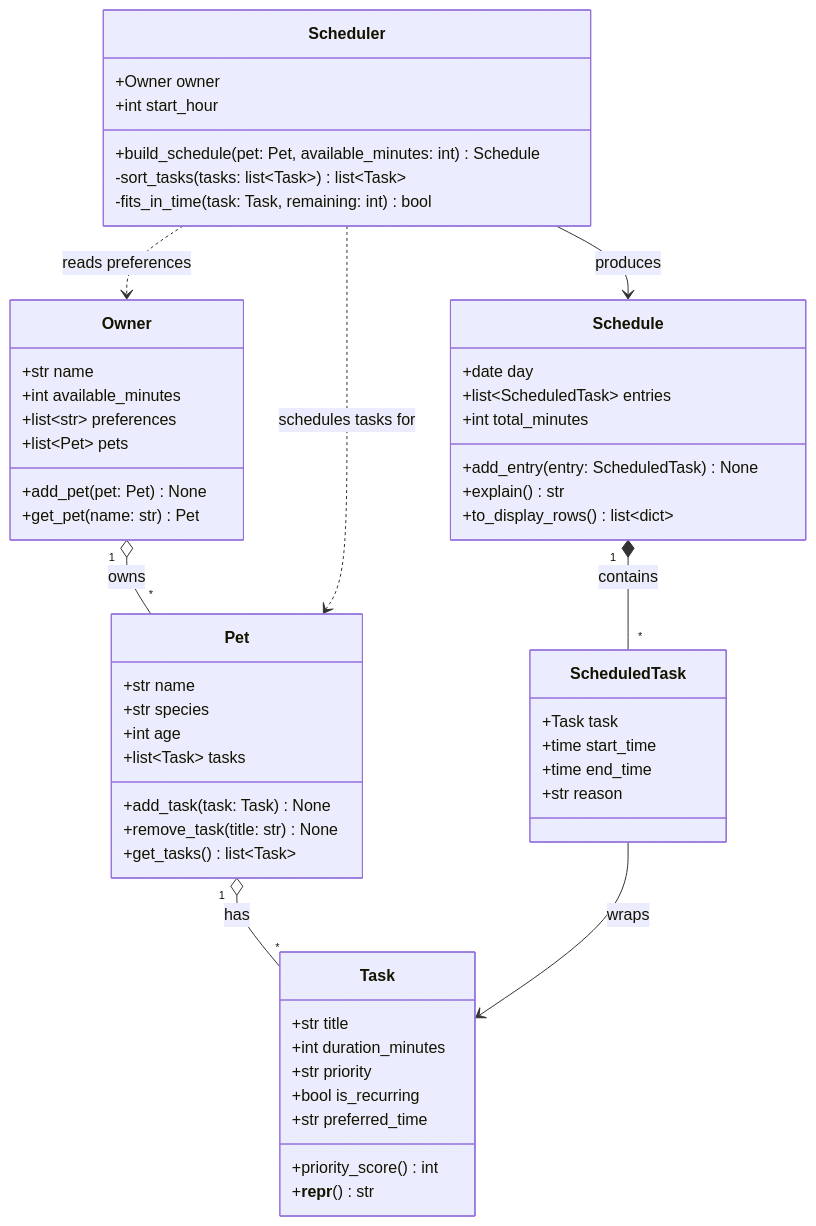
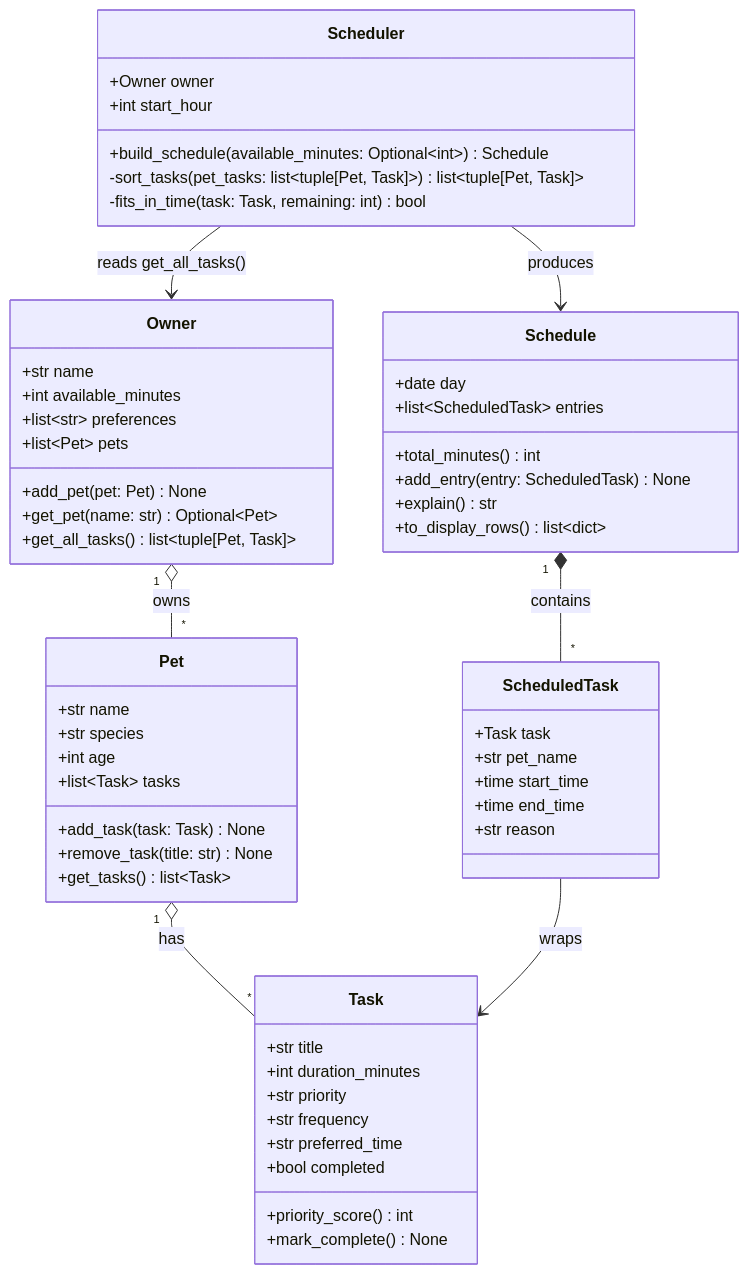
Before and after one commit to judejoyson/ai110-module2show-pawpal-starter: the diagram in diagrams/uml.mmd, drawn with Mermaid. The commit also changed 6 other files, not shown here.

```diff
--- a/diagrams/uml.mmd
+++ b/diagrams/uml.mmd
@@ -1,64 +1,66 @@
 classDiagram
     %% PawPal+ class design
     %% Keep this file updated so it matches your final implementation.
 
     class Owner {
         +str name
         +int available_minutes
         +list~str~ preferences
         +list~Pet~ pets
         +add_pet(pet: Pet) None
-        +get_pet(name: str) Pet
+        +get_pet(name: str) Optional~Pet~
+        +get_all_tasks() list~tuple[Pet, Task]~
     }
 
     class Pet {
         +str name
         +str species
         +int age
         +list~Task~ tasks
         +add_task(task: Task) None
         +remove_task(title: str) None
         +get_tasks() list~Task~
     }
 
     class Task {
         +str title
         +int duration_minutes
         +str priority
-        +bool is_recurring
+        +str frequency
         +str preferred_time
+        +bool completed
         +priority_score() int
-        +__repr__() str
+        +mark_complete() None
     }
 
     class Scheduler {
         +Owner owner
         +int start_hour
-        +build_schedule(pet: Pet, available_minutes: int) Schedule
-        -sort_tasks(tasks: list~Task~) list~Task~
+        +build_schedule(available_minutes: Optional~int~) Schedule
+        -sort_tasks(pet_tasks: list~tuple[Pet, Task]~) list~tuple[Pet, Task]~
         -fits_in_time(task: Task, remaining: int) bool
     }
 
     class Schedule {
         +date day
         +list~ScheduledTask~ entries
-        +int total_minutes
+        +total_minutes() int
         +add_entry(entry: ScheduledTask) None
         +explain() str
         +to_display_rows() list~dict~
     }
 
     class ScheduledTask {
         +Task task
+        +str pet_name
         +time start_time
         +time end_time
         +str reason
     }
 
     Owner "1" o-- "*" Pet : owns
     Pet "1" o-- "*" Task : has
-    Scheduler ..> Owner : reads preferences
-    Scheduler ..> Pet : schedules tasks for
+    Scheduler --> Owner : reads get_all_tasks()
     Scheduler --> Schedule : produces
     Schedule "1" *-- "*" ScheduledTask : contains
     ScheduledTask --> Task : wraps
```
